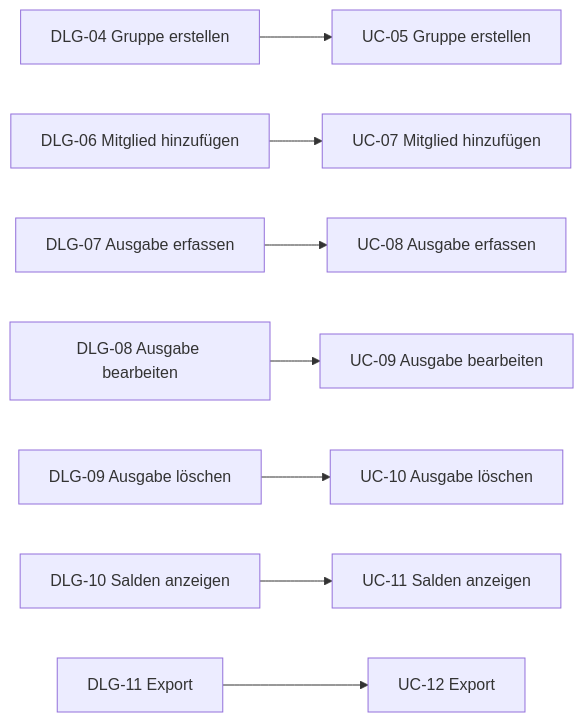
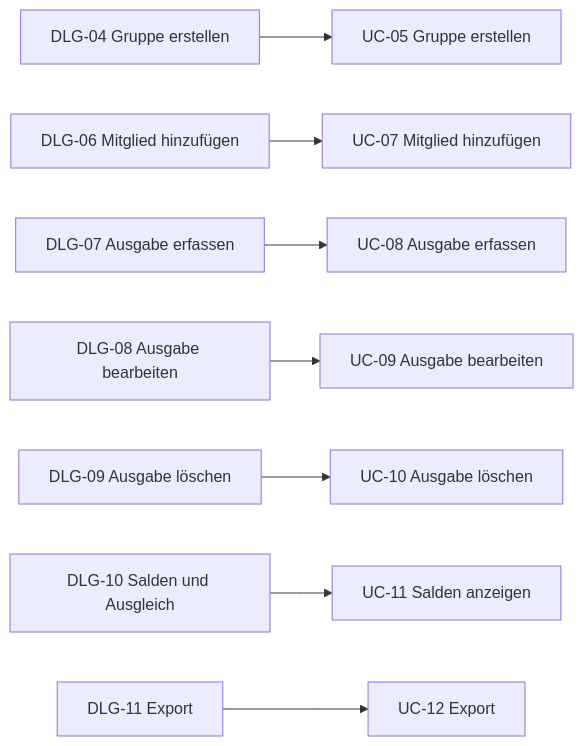
Before and after one commit to Bunyamin0101/WK_1106_CampusSplit: the first of 2 diagrams in Spezifikation/B1_Dialogspezifikation.md, drawn with Mermaid. The commit also changed other lines of this file, not shown here.

````diff
--- a/Spezifikation/B1_Dialogspezifikation.md
+++ b/Spezifikation/B1_Dialogspezifikation.md
@@ -29,10 +59,10 @@
-```mermaid
+``` mermaid
 flowchart LR
     DLG04["DLG-04 Gruppe erstellen"] --> UC05["UC-05 Gruppe erstellen"]
     DLG06["DLG-06 Mitglied hinzufügen"] --> UC07["UC-07 Mitglied hinzufügen"]
     DLG07["DLG-07 Ausgabe erfassen"] --> UC08["UC-08 Ausgabe erfassen"]
     DLG08["DLG-08 Ausgabe bearbeiten"] --> UC09["UC-09 Ausgabe bearbeiten"]
     DLG09["DLG-09 Ausgabe löschen"] --> UC10["UC-10 Ausgabe löschen"]
-    DLG10["DLG-10 Salden anzeigen"] --> UC11["UC-11 Salden anzeigen"]
+    DLG10["DLG-10 Salden und Ausgleich"] --> UC11["UC-11 Salden anzeigen"]
     DLG11["DLG-11 Export"] --> UC12["UC-12 Export"]
 ```
````
